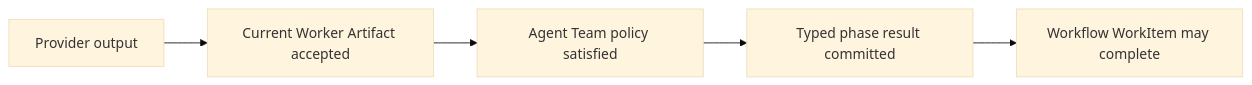
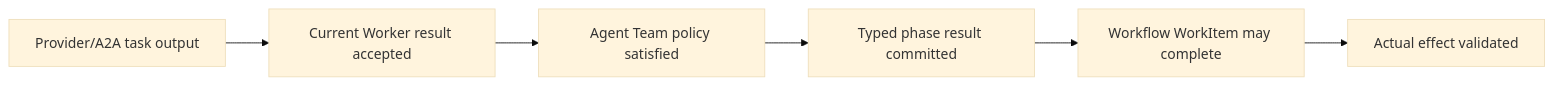
Before and after one commit to tsuuanmi/AgentOS: the fourth of 4 diagrams in docs/architecture/agent-communication.md, drawn with Mermaid (base theme). The commit also changed other lines of this file, not shown here.

```diff
--- a/docs/architecture/agent-communication.md
+++ b/docs/architecture/agent-communication.md
@@ -244,10 +249,11 @@
 ~~~mermaid
 flowchart LR
-    Provider[Provider output]
-    Worker[Current Worker Artifact accepted]
+    Provider[Provider/A2A task output]
+    Worker[Current Worker result accepted]
     Team[Agent Team policy satisfied]
     Result[Typed phase result committed]
     Workflow[Workflow WorkItem may complete]
+    Effect[Actual effect validated]
 
-    Provider --> Worker --> Team --> Result --> Workflow
+    Provider --> Worker --> Team --> Result --> Workflow --> Effect
 ~~~
```
